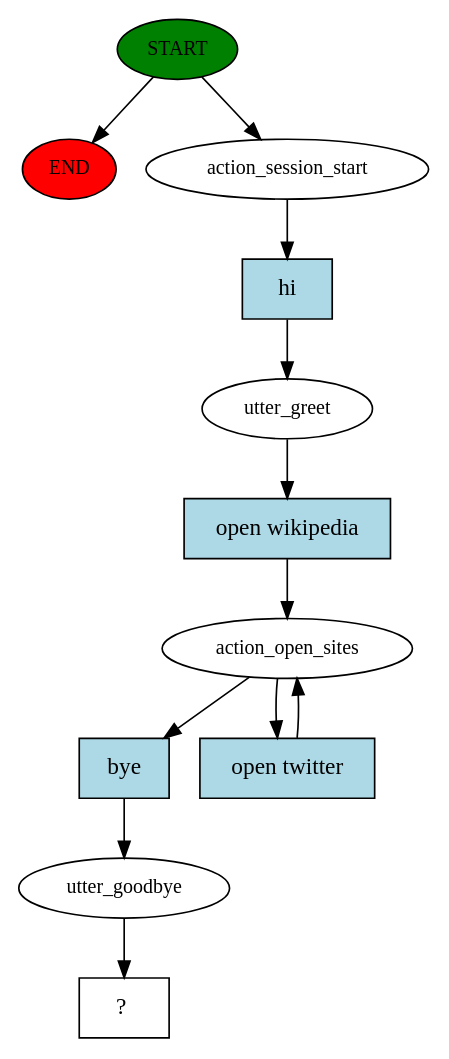
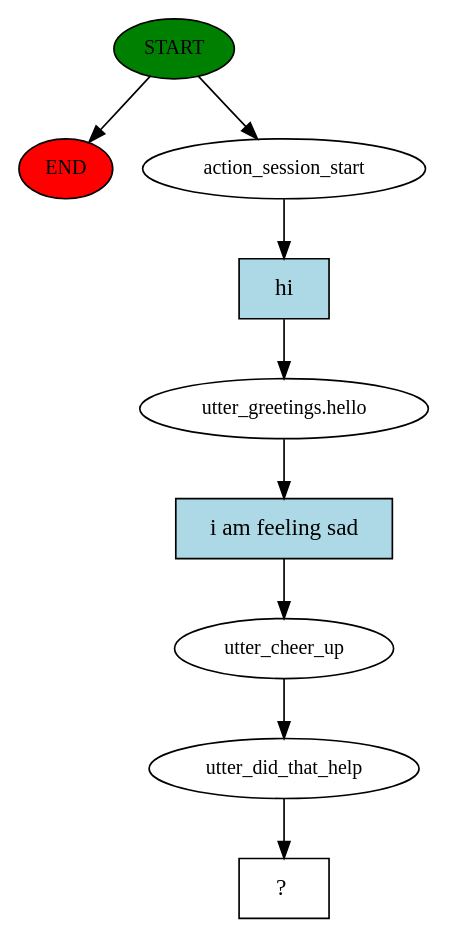
One commit to jovelshaju/eva_rasa changed the diagram in story_graph.dot. Above: the diagram before and after it, drawn with Graphviz. The commit also changed 6 other files, not shown here.

```diff
--- a/story_graph.dot
+++ b/story_graph.dot
@@ -1,24 +1,19 @@
 digraph  {
 0 [class="start active", fillcolor=green, fontsize=12, label=START, style=filled];
 "-1" [class=end, fillcolor=red, fontsize=12, label=END, style=filled];
 1 [class=active, fontsize=12, label=action_session_start];
-2 [class=active, fontsize=12, label=utter_greet];
-3 [class=active, fontsize=12, label=action_open_sites];
-5 [class=active, fontsize=12, label=utter_goodbye];
-6 [class="intent dashed active", label="  ?  ", shape=rect];
-7 [class="intent active", fillcolor=lightblue, label=hi, shape=rect, style=filled];
-8 [class="intent active", fillcolor=lightblue, label="open wikipedia", shape=rect, style=filled];
-9 [class="intent active", fillcolor=lightblue, label=bye, shape=rect, style=filled];
-10 [class="intent active", fillcolor=lightblue, label="open twitter", shape=rect, style=filled];
+2 [class=active, fontsize=12, label="utter_greetings.hello"];
+3 [class=active, fontsize=12, label=utter_cheer_up];
+4 [class=active, fontsize=12, label=utter_did_that_help];
+5 [class="intent dashed active", label="  ?  ", shape=rect];
+6 [class="intent active", fillcolor=lightblue, label=hi, shape=rect, style=filled];
+7 [class="intent active", fillcolor=lightblue, label="i am feeling sad", shape=rect, style=filled];
 0 -> "-1"  [class="", key=NONE, label=""];
 0 -> 1  [class=active, key=NONE, label=""];
-1 -> 7  [class=active, key=0];
-2 -> 8  [class=active, key=0];
-3 -> 9  [class=active, key=0];
-3 -> 10  [class=active, key=0];
-5 -> 6  [class=active, key=NONE, label=""];
-7 -> 2  [class=active, key=0];
-8 -> 3  [class=active, key=0];
-9 -> 5  [class=active, key=0];
-10 -> 3  [class=active, key=0];
+1 -> 6  [class=active, key=0];
+2 -> 7  [class=active, key=0];
+3 -> 4  [class=active, key=NONE, label=""];
+4 -> 5  [class=active, key=NONE, label=""];
+6 -> 2  [class=active, key=0];
+7 -> 3  [class=active, key=0];
 }
```
